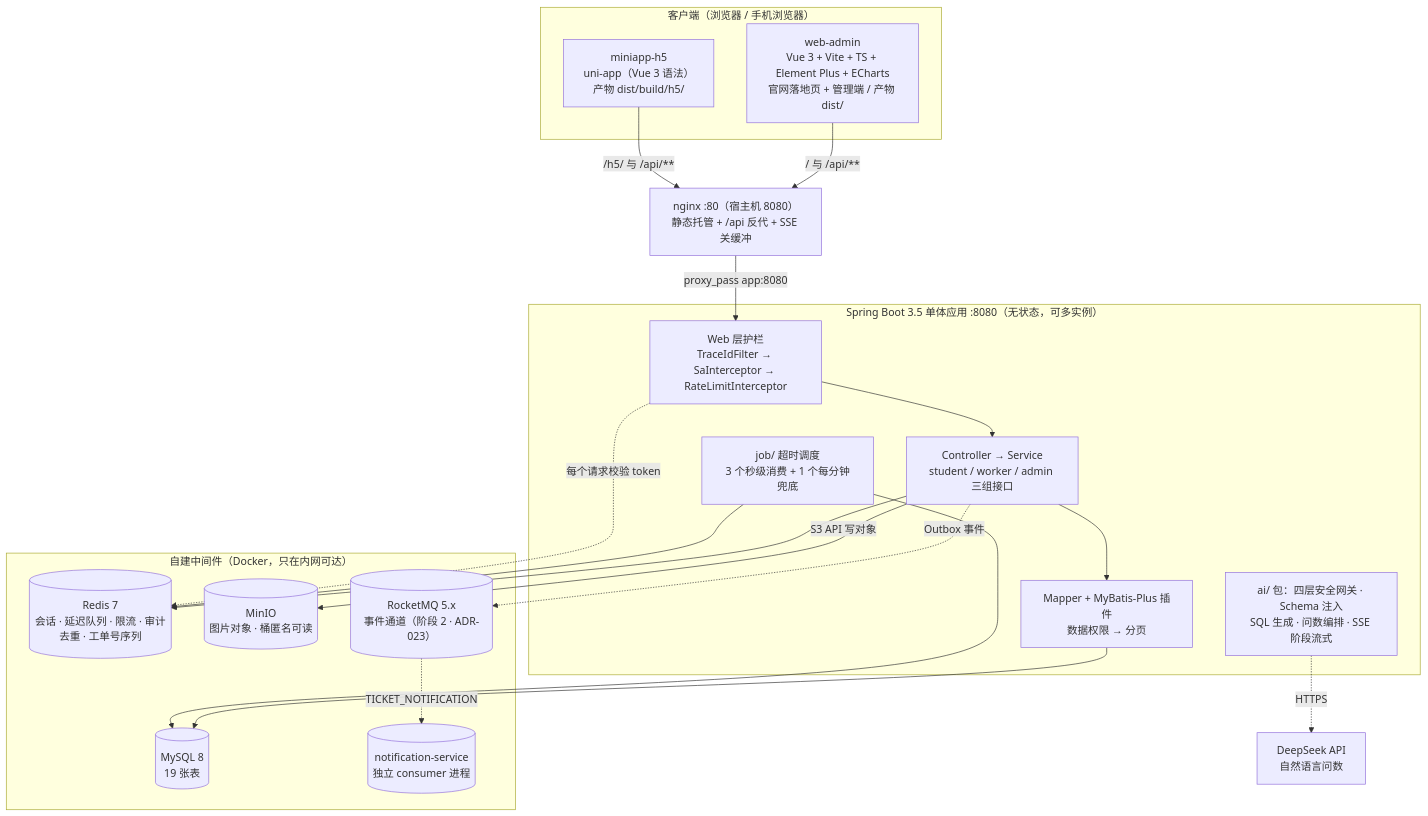
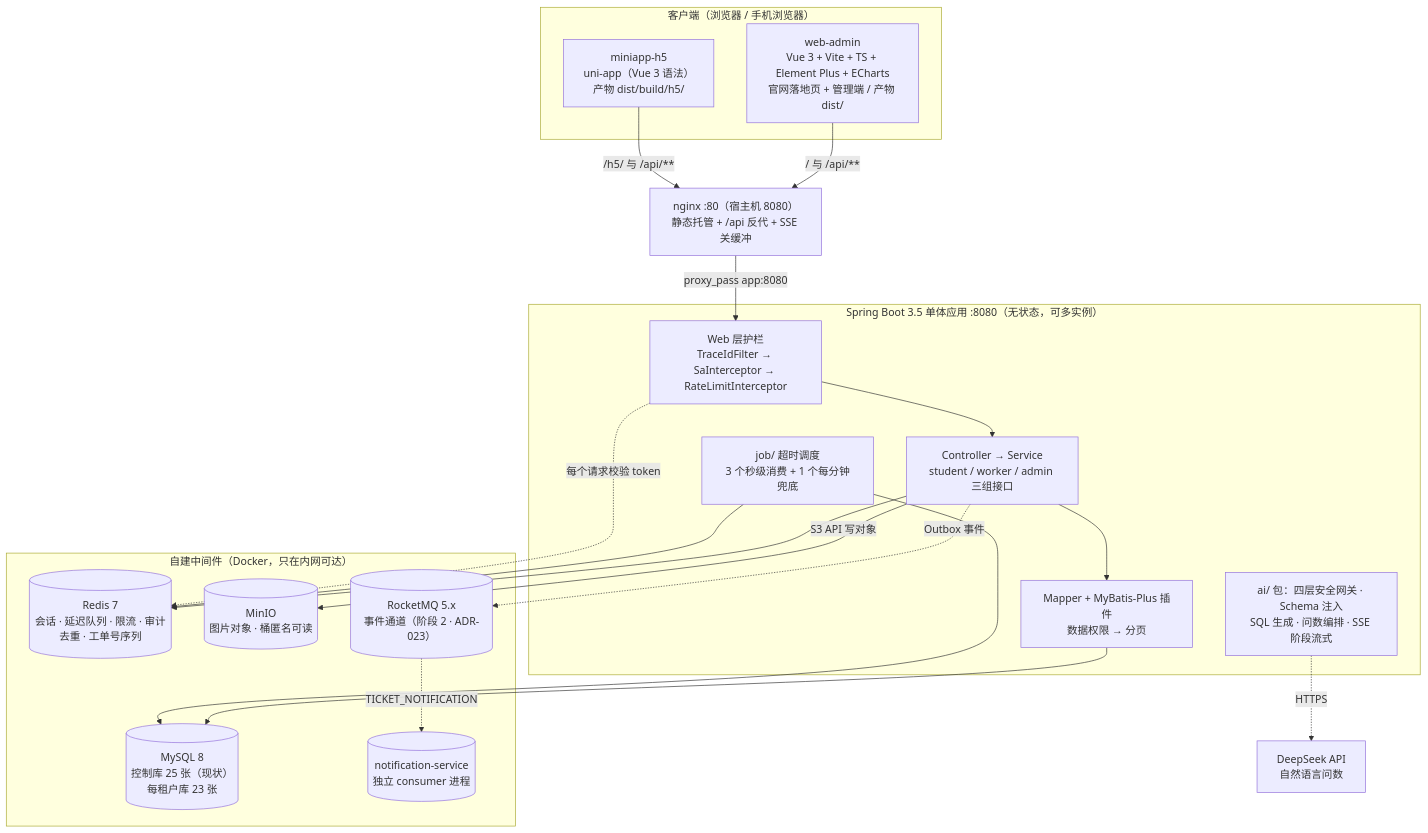
Before and after one commit to bluemalic/repair-platform: the second of 14 diagrams in docs/06-架构图.md, drawn with Mermaid. The commit also changed other lines of this file and 6 other files, not shown here.

````diff
--- a/docs/06-架构图.md
+++ b/docs/06-架构图.md
@@ -76,42 +80,42 @@
 ```mermaid
 flowchart TB
     subgraph client["客户端（浏览器 / 手机浏览器）"]
         adminApp["web-admin<br/>Vue 3 + Vite + TS + Element Plus + ECharts<br/>官网落地页 + 管理端 / 产物 dist/"]
         h5App["miniapp-h5<br/>uni-app（Vue 3 语法）<br/>产物 dist/build/h5/"]
     end
 
     nginx["nginx :80（宿主机 8080）<br/>静态托管 + /api 反代 + SSE 关缓冲"]
 
     subgraph boot["Spring Boot 3.5 单体应用 :8080（无状态，可多实例）"]
         guard["Web 层护栏<br/>TraceIdFilter → SaInterceptor → RateLimitInterceptor"]
         biz["Controller → Service<br/>student / worker / admin 三组接口"]
         orm["Mapper + MyBatis-Plus 插件<br/>数据权限 → 分页"]
         sched["job/ 超时调度<br/>3 个秒级消费 + 1 个每分钟兜底"]
         aiPkg["ai/ 包：四层安全网关 · Schema 注入<br/>SQL 生成 · 问数编排 · SSE 阶段流式"]
     end
 
     subgraph infra["自建中间件（Docker，只在内网可达）"]
-        mysql[("MySQL 8<br/>19 张表")]
+        mysql[("MySQL 8<br/>控制库 25 张（现状）<br/>每租户库 23 张")]
         redis[("Redis 7<br/>会话 · 延迟队列 · 限流 · 审计去重 · 工单号序列")]
         minio[("MinIO<br/>图片对象 · 桶匿名可读")]
         rocketmq[("RocketMQ 5.x<br/>事件通道（阶段 2 · ADR-023）")]
         notification[("notification-service<br/>独立 consumer 进程")]
     end
 
     deepseek["DeepSeek API<br/>自然语言问数"]
 
     adminApp -->|"/ 与 /api/**"| nginx
     h5App -->|"/h5/ 与 /api/**"| nginx
     nginx -->|"proxy_pass app:8080"| guard
     guard --> biz
     biz --> orm
     orm --> mysql
     biz --> redis
     biz -->|"S3 API 写对象"| minio
     biz -.->|"Outbox 事件"| rocketmq
     rocketmq -.->|"TICKET_NOTIFICATION"| notification
     sched --> redis
     sched --> mysql
     guard -.->|"每个请求校验 token"| redis
     aiPkg -.->|"HTTPS"| deepseek
 ```
````
